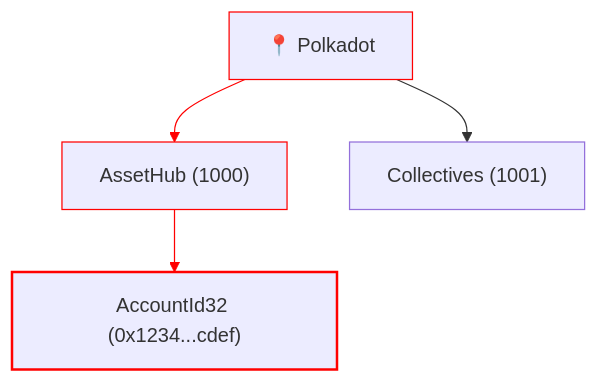
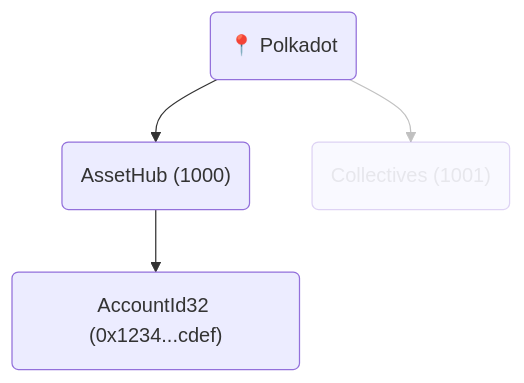
One commit to Polkadot-Blockchain-Academy/pba-content changed the tenth of 20 diagrams in syllabus/7-XCM/1-Core_Concepts_of_XCM/Core_Concepts_of_XCM_slides.md. Above: the diagram before and after it, drawn with Mermaid. The commit also changed other lines of this file and 1 other file, not shown here.

Commit message:
Change mermaidjs theme

````diff
--- a/syllabus/7-XCM/1-Core_Concepts_of_XCM/Core_Concepts_of_XCM_slides.md
+++ b/syllabus/7-XCM/1-Core_Concepts_of_XCM/Core_Concepts_of_XCM_slides.md
@@ -459,11 +476,8 @@
 ```mermaid
 graph TD
-    Polkadot["📍 Polkadot"]-->AssetHub["AssetHub (1000)"]
-    Polkadot-->Collectives["Collectives (1001)"]
-    AssetHub-->Account["AccountId32 (0x1234...cdef)"]
-    style Polkadot stroke:red
-    style AssetHub stroke:red
-    style Account stroke:red,stroke-width:2
-    linkStyle 0 stroke:red
-    linkStyle 2 stroke:red
+    Polkadot("📍 Polkadot")-->AssetHub("AssetHub (1000)")
+    Polkadot-->Collectives("Collectives (1001)"):::disabled
+    AssetHub-->Account("AccountId32 (0x1234...cdef)")
+    linkStyle 1 opacity:0.3
+    classDef disabled opacity:0.3
 ```
````
